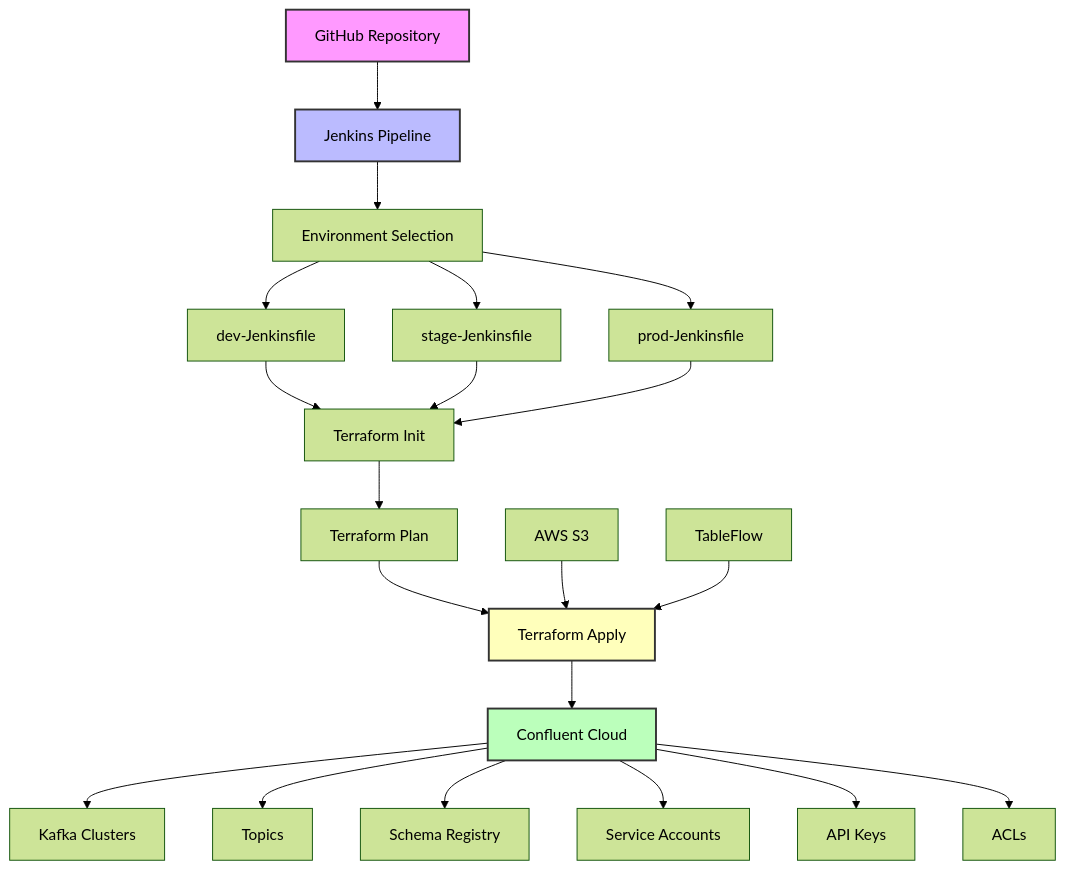
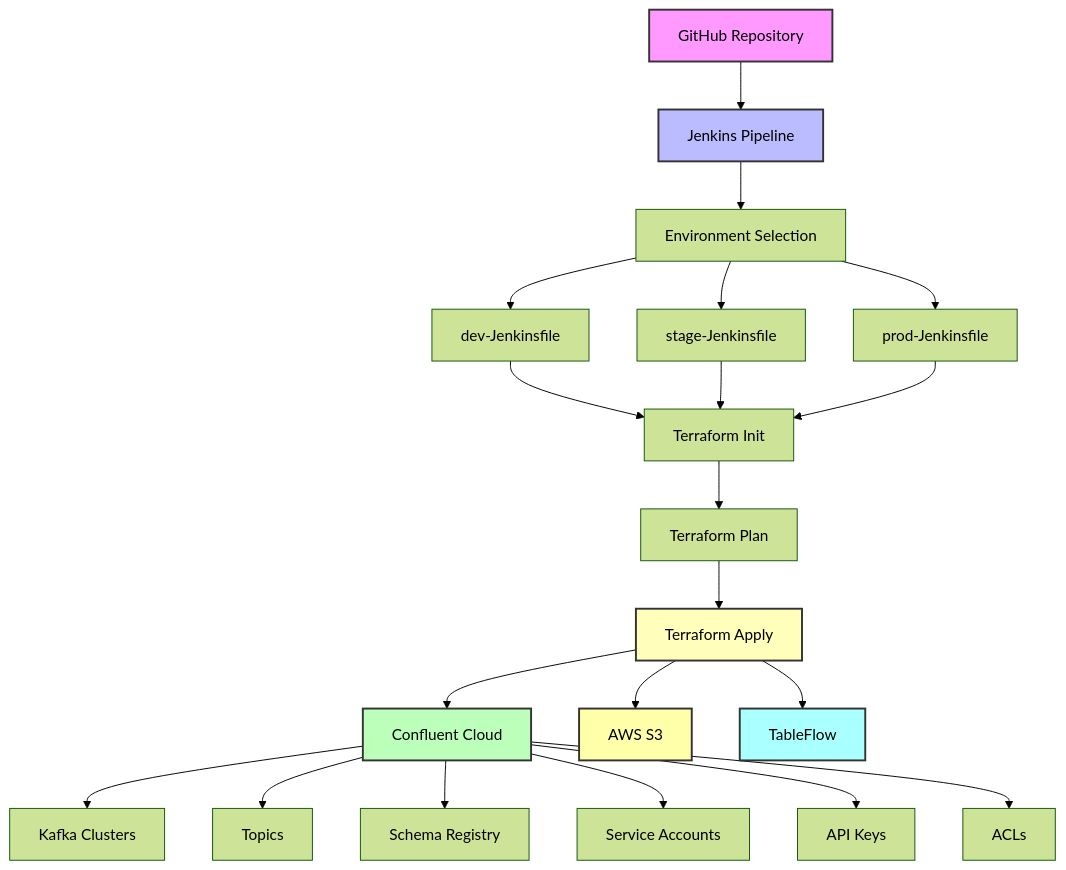
Before and after one commit to ssantrosyan777/confluent-provisioning: the diagram in README.md, drawn with Mermaid (forest theme).

````diff
--- a/README.md
+++ b/README.md
@@ -62,28 +62,29 @@
 ```mermaid
 graph TD
     A[GitHub Repository] --> B[Jenkins Pipeline]
     B --> C[Environment Selection]
     C --> D[dev-Jenkinsfile]
     C --> E[stage-Jenkinsfile]
     C --> F[prod-Jenkinsfile]
     D --> G[Terraform Init]
     E --> G
     F --> G
     G --> H[Terraform Plan]
     H --> I[Terraform Apply]
     I --> J[Confluent Cloud]
+    I --> Q[AWS S3]
+    I --> R[TableFlow]
     J --> K[Kafka Clusters]
     J --> L[Topics]
     J --> M[Schema Registry]
     J --> N[Service Accounts]
     J --> O[API Keys]
     J --> P[ACLs]
     
-    Q[AWS S3] --> I
-    R[TableFlow] --> I
-    
     style A fill:#f9f,stroke:#333,stroke-width:2px
     style B fill:#bbf,stroke:#333,stroke-width:2px
     style J fill:#bfb,stroke:#333,stroke-width:2px
     style I fill:#ffb,stroke:#333,stroke-width:2px
+    style Q fill:#ffa,stroke:#333,stroke-width:2px
+    style R fill:#aff,stroke:#333,stroke-width:2px
 ```
````
